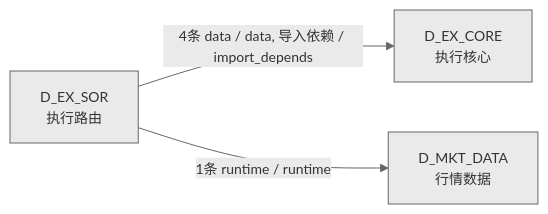
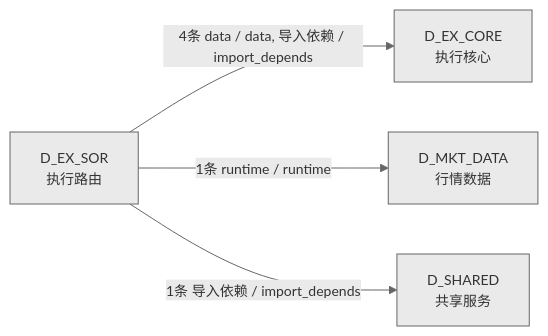
The fourth of 4 diagrams in docs/02_enterprise_architecture/02_domain_architecture_docs/45_d_ex_sor.md (xuanFelixVan/ZephyrAlpha), drawn with Mermaid before and after one commit. The commit also changed other lines of this file and 42 other files, not shown here.

````diff
--- a/docs/02_enterprise_architecture/02_domain_architecture_docs/45_d_ex_sor.md
+++ b/docs/02_enterprise_architecture/02_domain_architecture_docs/45_d_ex_sor.md
@@ -188,9 +193,11 @@
 ```mermaid
 %%{init: {'theme': 'base', 'themeVariables': {'primaryColor': '#eaeaea', 'primaryTextColor': '#333333', 'primaryBorderColor': '#666666', 'lineColor': '#666666', 'secondaryColor': '#eaeaea', 'tertiaryColor': '#eaeaea', 'fontSize': '14px'}}}%%
 graph LR
     D_EX_SOR["D_EX_SOR<br/>执行路由"]
     D_EX_CORE["D_EX_CORE<br/>执行核心"]
     D_MKT_DATA["D_MKT_DATA<br/>行情数据"]
+    D_SHARED["D_SHARED<br/>共享服务"]
     D_EX_SOR -->|4条 data / data, 导入依赖 / import_depends| D_EX_CORE
     D_EX_SOR -->|1条 runtime / runtime| D_MKT_DATA
+    D_EX_SOR -->|1条 导入依赖 / import_depends| D_SHARED
 ```
````
